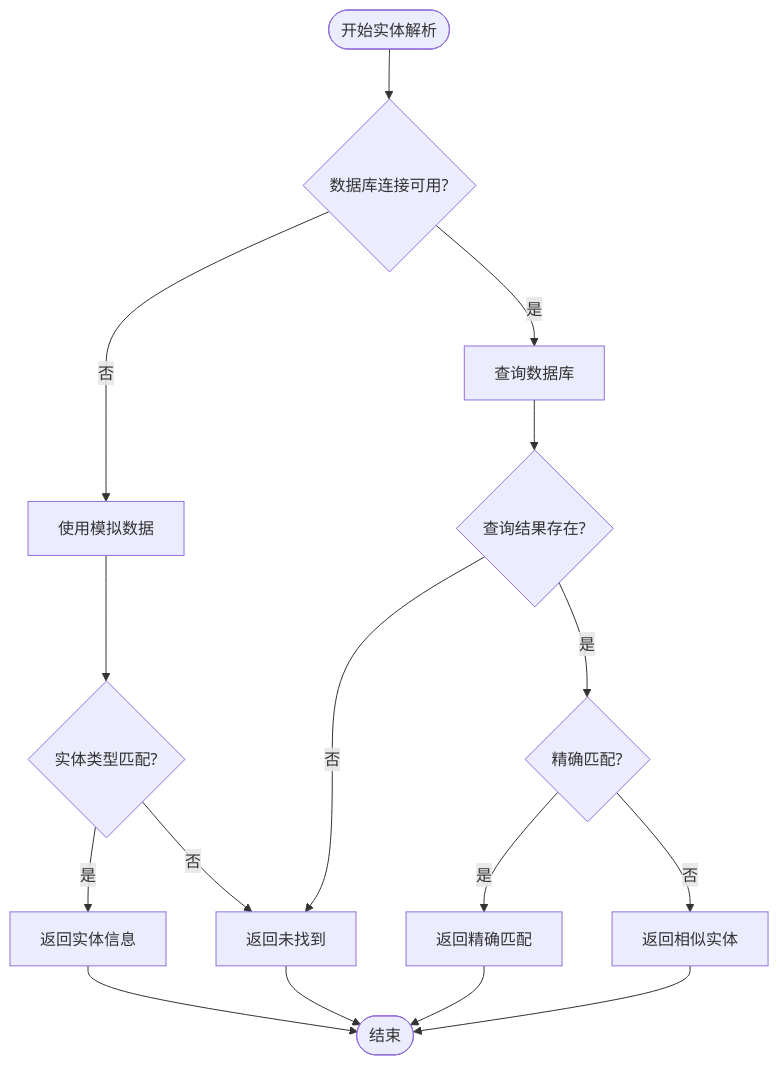
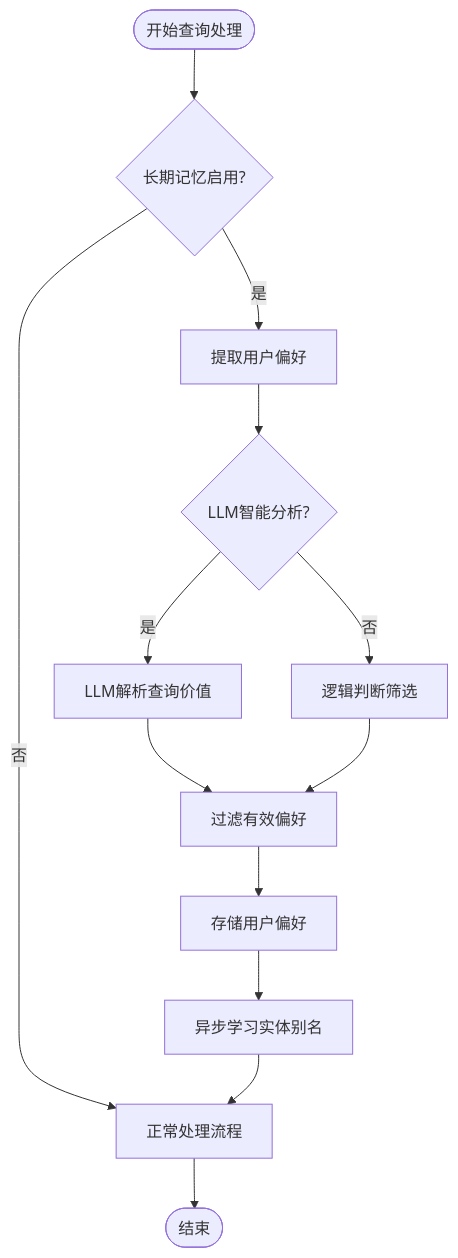
One commit to HanHuiOnLine/724-office changed the fourth of 15 diagrams in .qoder/repowiki/zh/content/核心模块详解/NL2SQL自然语言到SQL系统/NL2SQL自然语言到SQL系统.md. Above: the diagram before and after it, drawn with Mermaid. The commit also changed other lines of this file and 14 other files, not shown here.

Commit message:
优化意图识别

````diff
--- a/.qoder/repowiki/zh/content/核心模块详解/NL2SQL自然语言到SQL系统/NL2SQL自然语言到SQL系统.md
+++ b/.qoder/repowiki/zh/content/核心模块详解/NL2SQL自然语言到SQL系统/NL2SQL自然语言到SQL系统.md
@@ -271,18 +313,15 @@
 ```mermaid
 flowchart TD
-Start([开始实体解析]) --> CheckDB{数据库连接可用?}
-CheckDB --> |否| MockData[使用模拟数据]
-CheckDB --> |是| QueryDB[查询数据库]
-MockData --> CheckType{实体类型匹配?}
-QueryDB --> CheckResults{查询结果存在?}
-CheckType --> |是| ReturnEntity[返回实体信息]
-CheckType --> |否| ReturnNotFound[返回未找到]
-CheckResults --> |是| CheckExact{精确匹配?}
-CheckResults --> |否| ReturnNotFound
-CheckExact --> |是| ReturnExact[返回精确匹配]
-CheckExact --> |否| ReturnSimilar[返回相似实体]
-ReturnEntity --> End([结束])
-ReturnNotFound --> End
-ReturnExact --> End
-ReturnSimilar --> End
+Start([开始查询处理]) --> CheckMemory{长期记忆启用?}
+CheckMemory --> |否| NormalProcess[正常处理流程]
+CheckMemory --> |是| ExtractPref[提取用户偏好]
+ExtractPref --> AnalyzeLLM{LLM智能分析?}
+AnalyzeLLM --> |是| LLMParse[LLM解析查询价值]
+AnalyzeLLM --> |否| LogicJudge[逻辑判断筛选]
+LLMParse --> FilterPref[过滤有效偏好]
+LogicJudge --> FilterPref
+FilterPref --> StorePref[存储用户偏好]
+StorePref --> AsyncLearn[异步学习实体别名]
+AsyncLearn --> NormalProcess
+NormalProcess --> End([结束])
 ```
````
